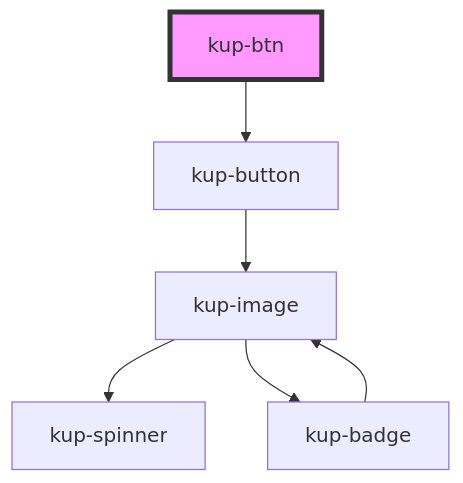
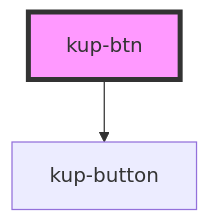
Before and after one commit to smeup/ketchup: the diagram in packages/ketchup/src/components/kup-btn/readme.md, drawn with Mermaid. The commit also changed 17 other files, not shown here.

Commit message:
Removed kup-image from kup-button.

````diff
--- a/packages/ketchup/src/components/kup-btn/readme.md
+++ b/packages/ketchup/src/components/kup-btn/readme.md
@@ -32,9 +32,5 @@
 ```mermaid
 graph TD;
   kup-btn --> kup-button
-  kup-button --> kup-image
-  kup-image --> kup-spinner
-  kup-image --> kup-badge
-  kup-badge --> kup-image
   style kup-btn fill:#f9f,stroke:#333,stroke-width:4px
 ```
````
